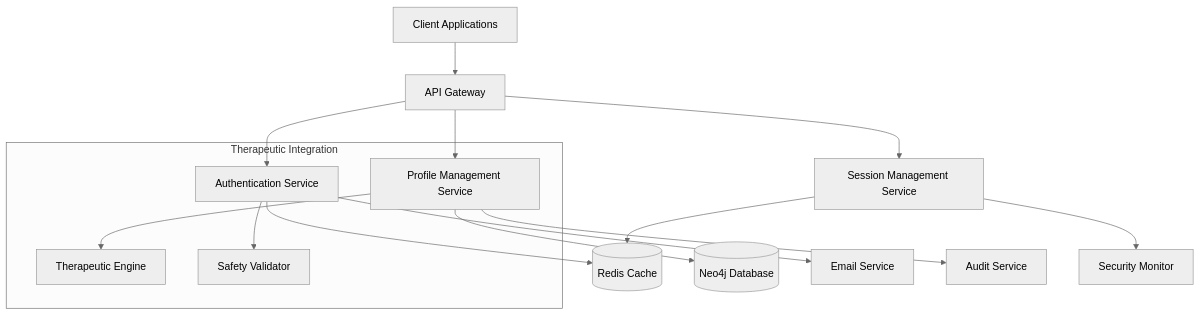
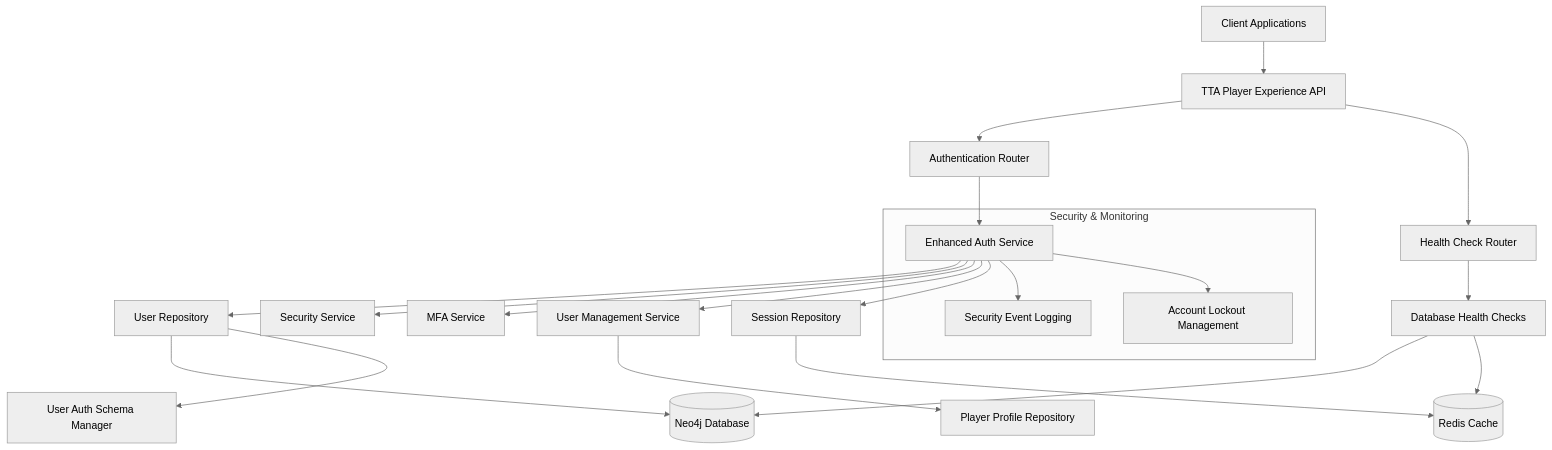
One commit to theinterneti/TTA changed the diagram in .kiro/specs/authentication-user-management/design.md. Above: the diagram before and after it, drawn with Mermaid (neutral theme). The commit also changed other lines of this file and 15 other files, not shown here.

First line of the commit message:
feat(auth): Complete authentication and user management system implementation

````diff
--- a/.kiro/specs/authentication-user-management/design.md
+++ b/.kiro/specs/authentication-user-management/design.md
@@ -15,20 +15,29 @@
 ```mermaid
 graph TB
-    Client[Client Applications] --> Gateway[API Gateway]
-    Gateway --> Auth[Authentication Service]
-    Gateway --> Profile[Profile Management Service]
-    Gateway --> Session[Session Management Service]
-    
-    Auth --> Redis[(Redis Cache)]
-    Profile --> Neo4j[(Neo4j Database)]
-    Session --> Redis
-    
-    Auth --> Email[Email Service]
-    Profile --> Audit[Audit Service]
-    Session --> Monitor[Security Monitor]
-    
-    subgraph "Therapeutic Integration"
-        Profile --> TherapeuticEngine[Therapeutic Engine]
-        Auth --> SafetyValidator[Safety Validator]
+    Client[Client Applications] --> API[TTA Player Experience API]
+    API --> AuthRouter[Authentication Router]
+    API --> HealthRouter[Health Check Router]
+
+    AuthRouter --> EnhancedAuthService[Enhanced Auth Service]
+    EnhancedAuthService --> UserRepository[User Repository]
+    EnhancedAuthService --> SecurityService[Security Service]
+    EnhancedAuthService --> MFAService[MFA Service]
+
+    UserRepository --> Neo4j[(Neo4j Database)]
+    UserRepository --> UserAuthSchema[User Auth Schema Manager]
+
+    EnhancedAuthService --> UserManagementService[User Management Service]
+    UserManagementService --> PlayerProfileRepository[Player Profile Repository]
+
+    EnhancedAuthService --> SessionRepository[Session Repository]
+    SessionRepository --> Redis[(Redis Cache)]
+
+    HealthRouter --> DatabaseHealth[Database Health Checks]
+    DatabaseHealth --> Neo4j
+    DatabaseHealth --> Redis
+
+    subgraph "Security & Monitoring"
+        EnhancedAuthService --> SecurityEventLogging[Security Event Logging]
+        EnhancedAuthService --> AccountLockout[Account Lockout Management]
     end
 ```
````
